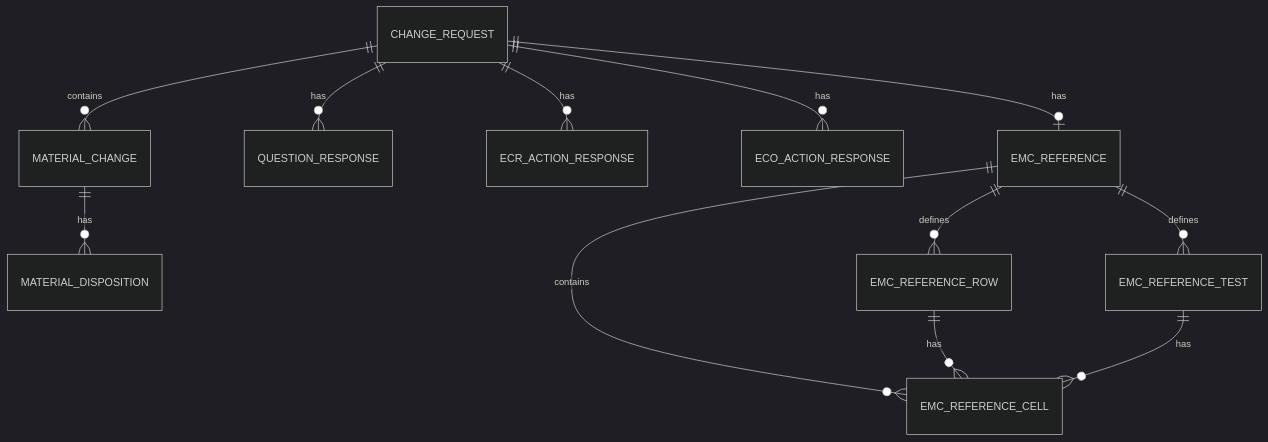
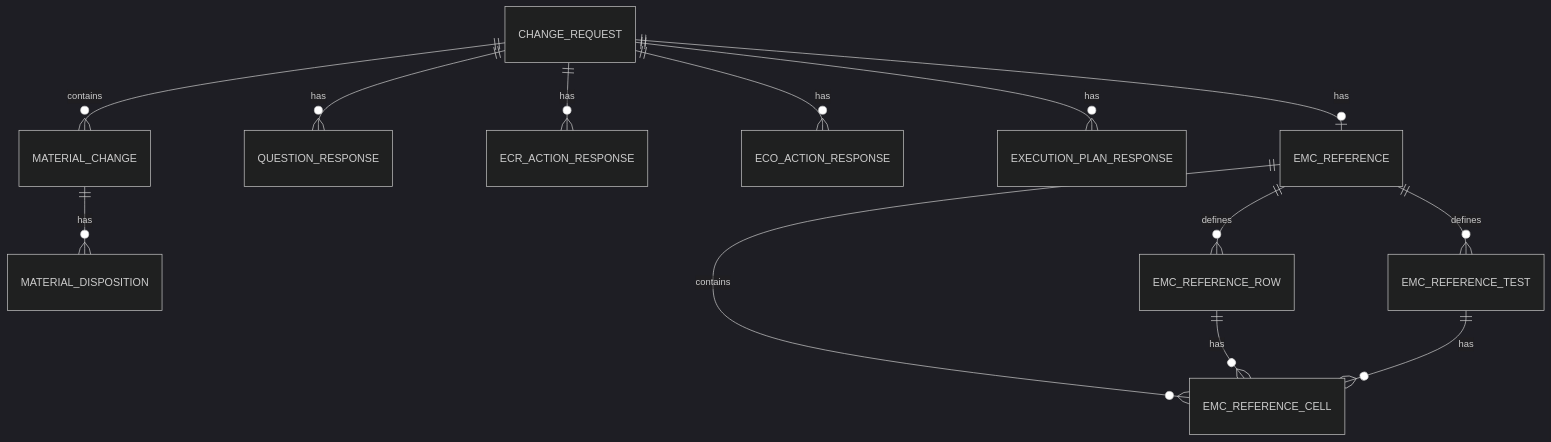
Before and after one commit to jack1415926/form-filling-system: the first of 2 diagrams in docs/PROJECT_GUIDE.md, drawn with Mermaid (dark theme). The commit also changed other lines of this file and 34 other files, not shown here.

````diff
--- a/docs/PROJECT_GUIDE.md
+++ b/docs/PROJECT_GUIDE.md
@@ -29,14 +31,15 @@
 ```mermaid
 erDiagram
     CHANGE_REQUEST ||--o{ MATERIAL_CHANGE : contains
     MATERIAL_CHANGE ||--o{ MATERIAL_DISPOSITION : has
     CHANGE_REQUEST ||--o{ QUESTION_RESPONSE : has
     CHANGE_REQUEST ||--o{ ECR_ACTION_RESPONSE : has
     CHANGE_REQUEST ||--o{ ECO_ACTION_RESPONSE : has
+    CHANGE_REQUEST ||--o{ EXECUTION_PLAN_RESPONSE : has
     CHANGE_REQUEST ||--o| EMC_REFERENCE : has
     EMC_REFERENCE ||--o{ EMC_REFERENCE_ROW : defines
     EMC_REFERENCE ||--o{ EMC_REFERENCE_TEST : defines
     EMC_REFERENCE ||--o{ EMC_REFERENCE_CELL : contains
     EMC_REFERENCE_ROW ||--o{ EMC_REFERENCE_CELL : has
     EMC_REFERENCE_TEST ||--o{ EMC_REFERENCE_CELL : has
 ```
````
